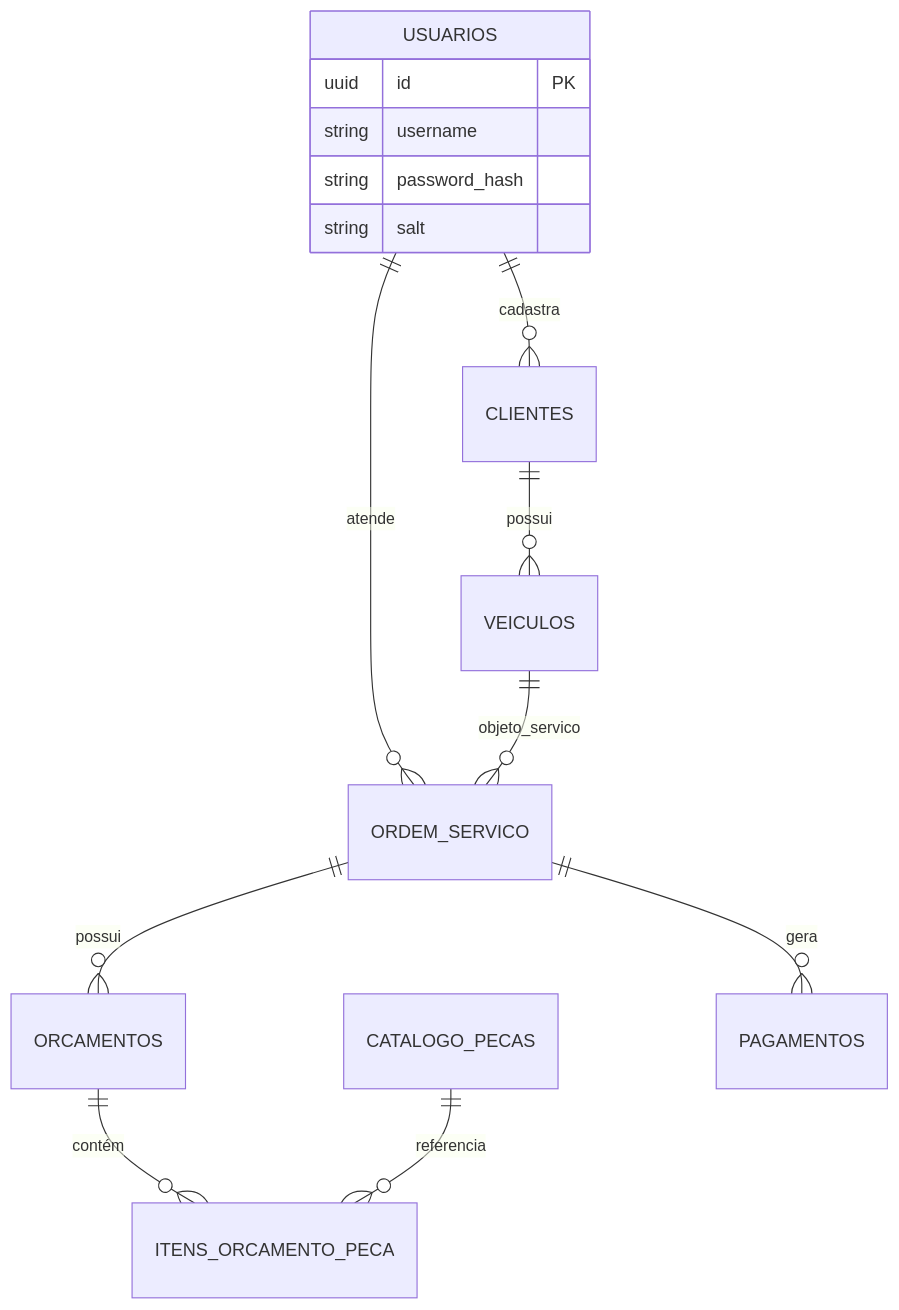
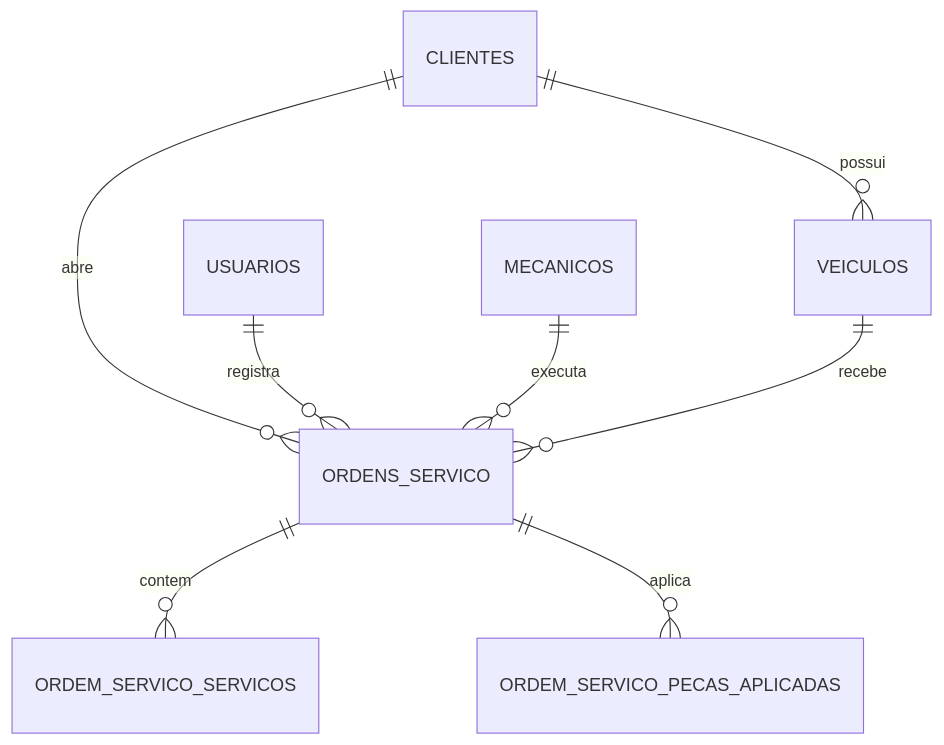
The diagram in README.md (marquesclayton/ads3.n2.oficina), drawn with Mermaid before and after one commit. The commit also changed other lines of this file and 31 other files, not shown here.

`````diff
--- a/README.md
+++ b/README.md
@@ -52,18 +47,10 @@
 ```mermaid
 erDiagram
-    USUARIOS ||--o{ CLIENTES : "cadastra"
-    USUARIOS ||--o{ ORDEM_SERVICO : "atende"
-    CLIENTES ||--o{ VEICULOS : "possui"
-    VEICULOS ||--o{ ORDEM_SERVICO : "objeto_servico"
-    ORDEM_SERVICO ||--o{ ORCAMENTOS : "possui"
-    ORCAMENTOS ||--o{ ITENS_ORCAMENTO_PECA : "contém"
-    CATALOGO_PECAS ||--o{ ITENS_ORCAMENTO_PECA : "referencia"
-    ORDEM_SERVICO ||--o{ PAGAMENTOS : "gera"
-
-    USUARIOS {
-        uuid id PK
-        string username
-        string password_hash
-        string salt
-    }
-````
+    CLIENTES ||--o{ VEICULOS : possui
+    CLIENTES ||--o{ ORDENS_SERVICO : abre
+    USUARIOS ||--o{ ORDENS_SERVICO : registra
+    MECANICOS ||--o{ ORDENS_SERVICO : executa
+    VEICULOS ||--o{ ORDENS_SERVICO : recebe
+    ORDENS_SERVICO ||--o{ ORDEM_SERVICO_SERVICOS : contem
+    ORDENS_SERVICO ||--o{ ORDEM_SERVICO_PECAS_APLICADAS : aplica
+```
`````
